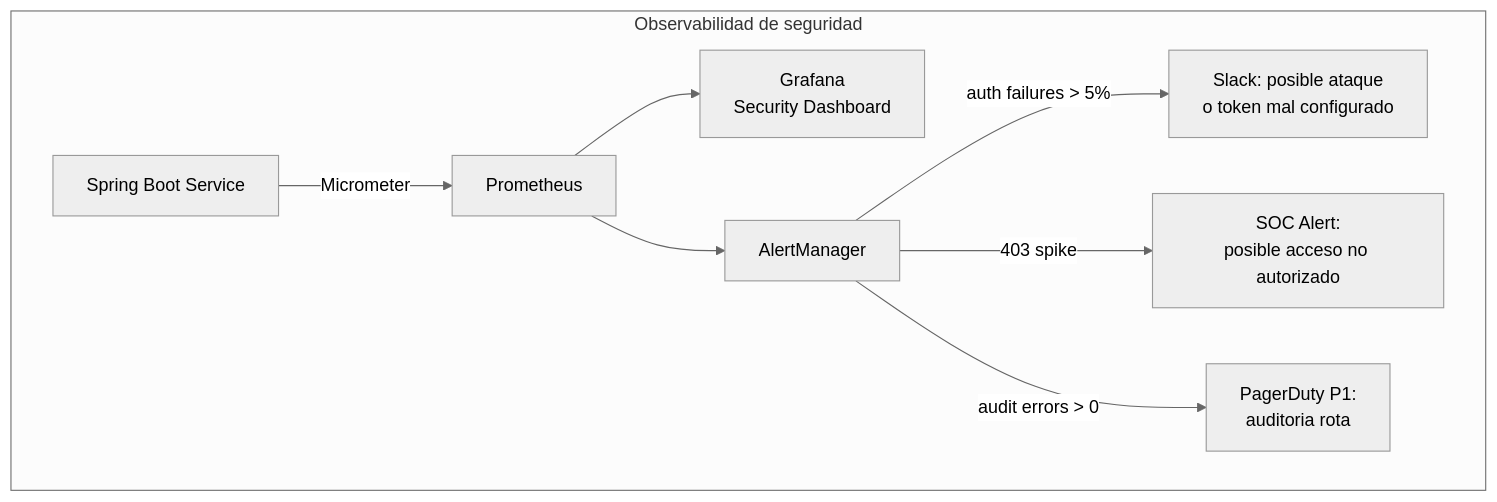
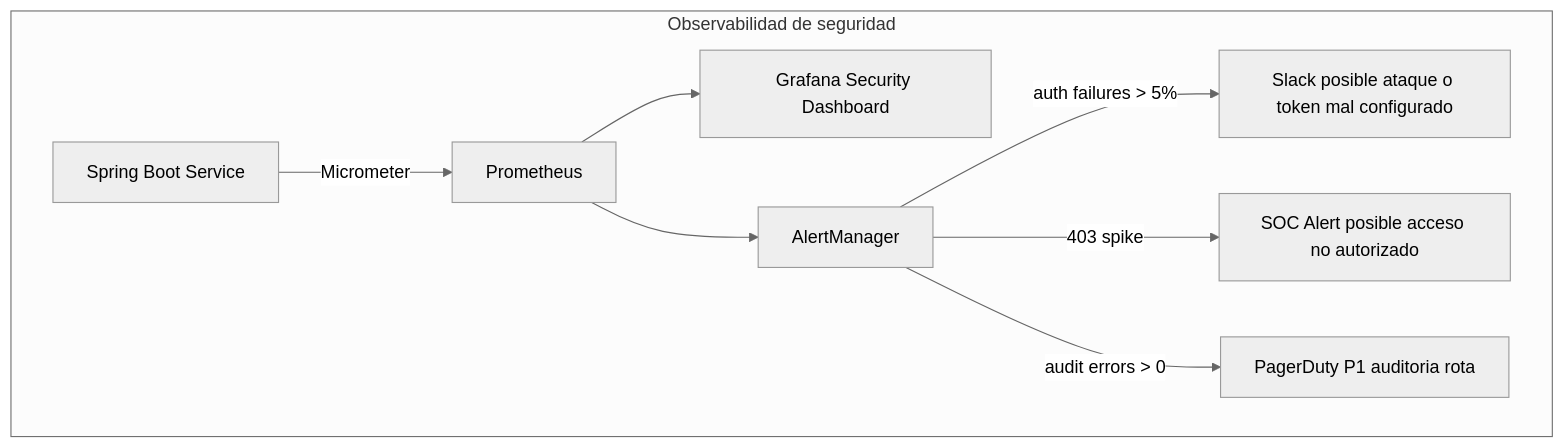
The fourth of 5 diagrams in 03_Spring_Ecosystem/spring_security_6_avanzado_metodo_a_metodo_y_oauth2_resource_server_STAFF.md (Joaquinriosheredia/DAM-Java-Mastery), drawn with Mermaid (neutral theme) before and after one commit. The commit also changed other lines of this file, not shown here.

Commit message:
spring_security_6_avanzado_metodo_a_metodo_y_oauth2_resource_server_STAFF.md

````diff
--- a/03_Spring_Ecosystem/spring_security_6_avanzado_metodo_a_metodo_y_oauth2_resource_server_STAFF.md
+++ b/03_Spring_Ecosystem/spring_security_6_avanzado_metodo_a_metodo_y_oauth2_resource_server_STAFF.md
@@ -447,11 +615,11 @@
 ```mermaid
 graph TD
     subgraph "Observabilidad de seguridad"
         APP[Spring Boot Service] -->|Micrometer| PROM[Prometheus]
-        PROM --> GRAF[Grafana\nSecurity Dashboard]
+        PROM --> GRAF[Grafana Security Dashboard]
         PROM --> AM[AlertManager]
-        AM -->|auth failures > 5%| SLACK[Slack: posible ataque\no token mal configurado]
-        AM -->|403 spike| SOC[SOC Alert:\nposible acceso no autorizado]
-        AM -->|audit errors > 0| P1[PagerDuty P1:\nauditoria rota]
+        AM -->|auth failures > 5%| SLACK[Slack posible ataque o token mal configurado]
+        AM -->|403 spike| SOC[SOC Alert posible acceso no autorizado]
+        AM -->|audit errors > 0| P1[PagerDuty P1 auditoria rota]
     end
 ```
````
